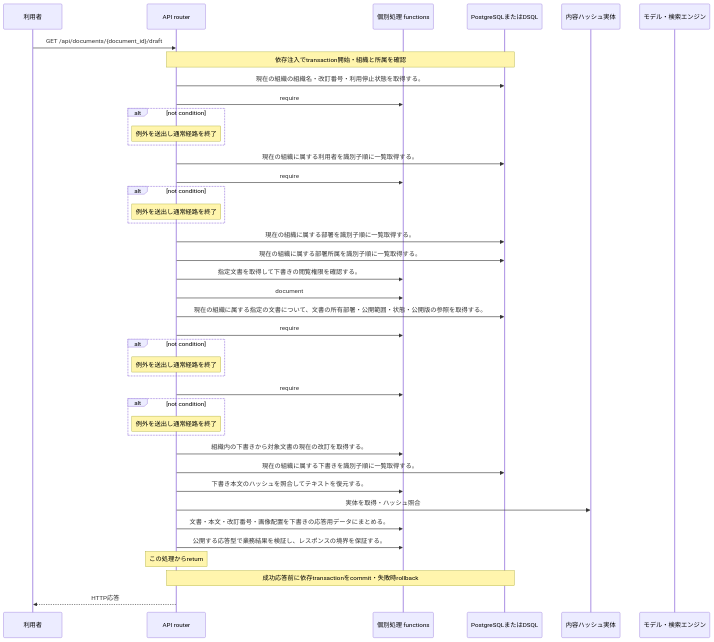
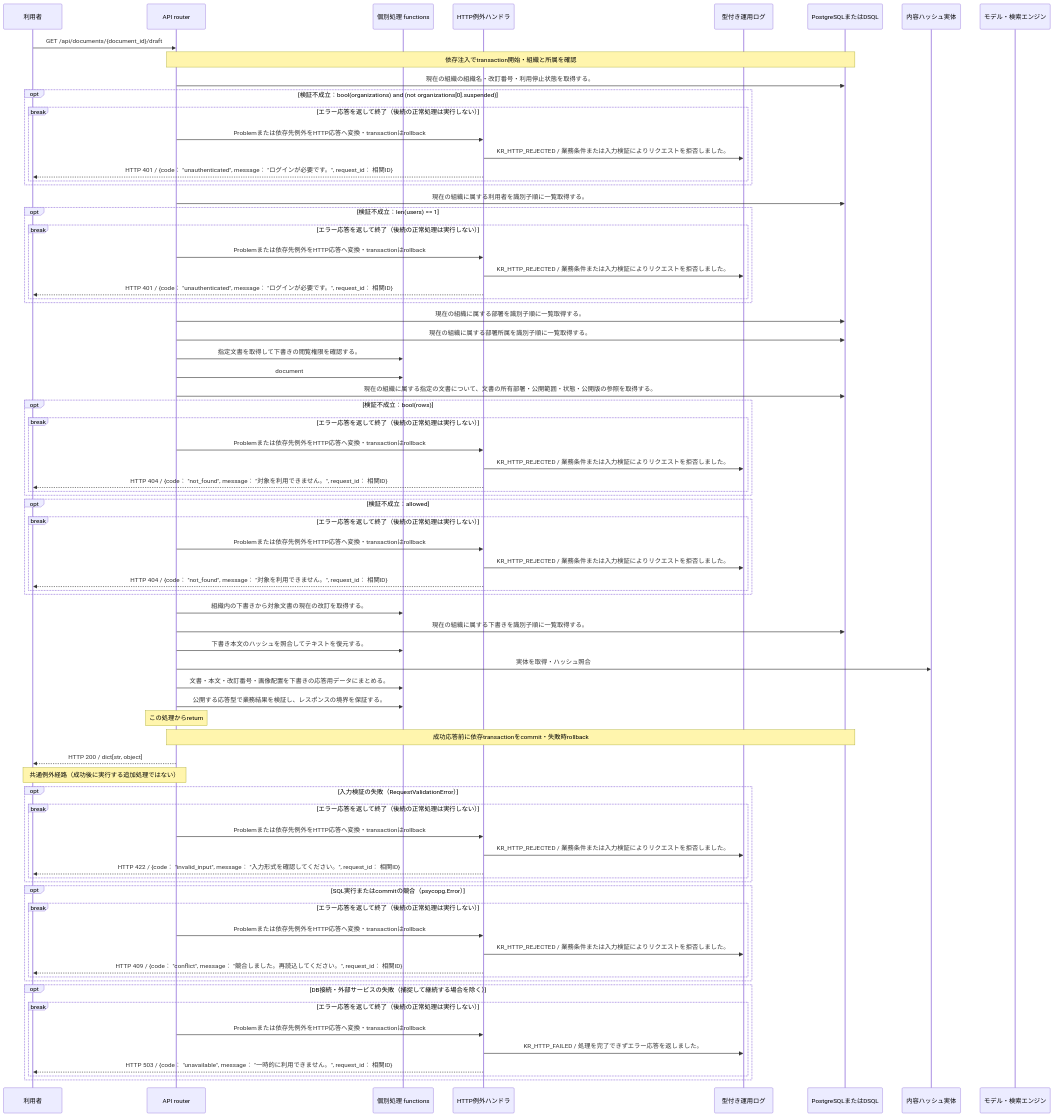
The diagram in docs/design/generated/api/documents/get_draft/sequence.md (tsuji-tomonori/KotoRelay), drawn with Mermaid before and after one commit. The commit also changed other lines of this file and 226 other files, not shown here.

````diff
--- a/docs/design/generated/api/documents/get_draft/sequence.md
+++ b/docs/design/generated/api/documents/get_draft/sequence.md
@@ -7,43 +7,79 @@
 ```mermaid
 sequenceDiagram
     participant U as 利用者
     participant A as API router
     participant F as 個別処理 functions
+    participant E as HTTP例外ハンドラ
+    participant L as 型付き運用ログ
     participant D as PostgreSQLまたはDSQL
     participant S as 内容ハッシュ実体
     participant M as モデル・検索エンジン
     U->>A: GET /api/documents/{document_id}/draft
     Note over A,D: 依存注入でtransaction開始・組織と所属を確認
     A->>D: 現在の組織の組織名・改訂番号・利用停止状態を取得する。
-    A->>F: require
-    alt not condition
-    Note over A: 例外を送出し通常経路を終了
+    opt 検証不成立：bool(organizations) and (not organizations[0].suspended)
+    break エラー応答を返して終了（後続の正常処理は実行しない）
+    A->>E: Problemまたは依存先例外をHTTP応答へ変換・transactionはrollback
+    E->>L: KR_HTTP_REJECTED / 業務条件または入力検証によりリクエストを拒否しました。
+    E-->>U: HTTP 401 / {code： "unauthenticated", message： "ログインが必要です。", request_id： 相関ID}
+    end
     end
     A->>D: 現在の組織に属する利用者を識別子順に一覧取得する。
-    A->>F: require
-    alt not condition
-    Note over A: 例外を送出し通常経路を終了
+    opt 検証不成立：len(users) == 1
+    break エラー応答を返して終了（後続の正常処理は実行しない）
+    A->>E: Problemまたは依存先例外をHTTP応答へ変換・transactionはrollback
+    E->>L: KR_HTTP_REJECTED / 業務条件または入力検証によりリクエストを拒否しました。
+    E-->>U: HTTP 401 / {code： "unauthenticated", message： "ログインが必要です。", request_id： 相関ID}
+    end
     end
     A->>D: 現在の組織に属する部署を識別子順に一覧取得する。
     A->>D: 現在の組織に属する部署所属を識別子順に一覧取得する。
     A->>F: 指定文書を取得して下書きの閲覧権限を確認する。
     A->>F: document
     A->>D: 現在の組織に属する指定の文書について、文書の所有部署・公開範囲・状態・公開版の参照を取得する。
-    A->>F: require
-    alt not condition
-    Note over A: 例外を送出し通常経路を終了
+    opt 検証不成立：bool(rows)
+    break エラー応答を返して終了（後続の正常処理は実行しない）
+    A->>E: Problemまたは依存先例外をHTTP応答へ変換・transactionはrollback
+    E->>L: KR_HTTP_REJECTED / 業務条件または入力検証によりリクエストを拒否しました。
+    E-->>U: HTTP 404 / {code： "not_found", message： "対象を利用できません。", request_id： 相関ID}
     end
-    A->>F: require
-    alt not condition
-    Note over A: 例外を送出し通常経路を終了
+    end
+    opt 検証不成立：allowed
+    break エラー応答を返して終了（後続の正常処理は実行しない）
+    A->>E: Problemまたは依存先例外をHTTP応答へ変換・transactionはrollback
+    E->>L: KR_HTTP_REJECTED / 業務条件または入力検証によりリクエストを拒否しました。
+    E-->>U: HTTP 404 / {code： "not_found", message： "対象を利用できません。", request_id： 相関ID}
+    end
     end
     A->>F: 組織内の下書きから対象文書の現在の改訂を取得する。
     A->>D: 現在の組織に属する下書きを識別子順に一覧取得する。
     A->>F: 下書き本文のハッシュを照合してテキストを復元する。
     A->>S: 実体を取得・ハッシュ照合
     A->>F: 文書・本文・改訂番号・画像配置を下書きの応答用データにまとめる。
     A->>F: 公開する応答型で業務結果を検証し、レスポンスの境界を保証する。
     Note over A: この処理からreturn
     Note over A,D: 成功応答前に依存transactionをcommit・失敗時rollback
-    A-->>U: HTTP応答
+    A-->>U: HTTP 200 / dict[str, object]
+    Note over A,U: 共通例外経路（成功後に実行する追加処理ではない）
+    opt 入力検証の失敗（RequestValidationError）
+    break エラー応答を返して終了（後続の正常処理は実行しない）
+    A->>E: Problemまたは依存先例外をHTTP応答へ変換・transactionはrollback
+    E->>L: KR_HTTP_REJECTED / 業務条件または入力検証によりリクエストを拒否しました。
+    E-->>U: HTTP 422 / {code： "invalid_input", message： "入力形式を確認してください。", request_id： 相関ID}
+    end
+    end
+    opt SQL実行またはcommitの競合（psycopg.Error）
+    break エラー応答を返して終了（後続の正常処理は実行しない）
+    A->>E: Problemまたは依存先例外をHTTP応答へ変換・transactionはrollback
+    E->>L: KR_HTTP_REJECTED / 業務条件または入力検証によりリクエストを拒否しました。
+    E-->>U: HTTP 409 / {code： "conflict", message： "競合しました。再読込してください。", request_id： 相関ID}
+    end
+    end
+    opt DB接続・外部サービスの失敗（捕捉して継続する場合を除く）
+    break エラー応答を返して終了（後続の正常処理は実行しない）
+    A->>E: Problemまたは依存先例外をHTTP応答へ変換・transactionはrollback
+    E->>L: KR_HTTP_FAILED / 処理を完了できずエラー応答を返しました。
+    E-->>U: HTTP 503 / {code： "unavailable", message： "一時的に利用できません。", request_id： 相関ID}
+    end
+    end
 ```
````
